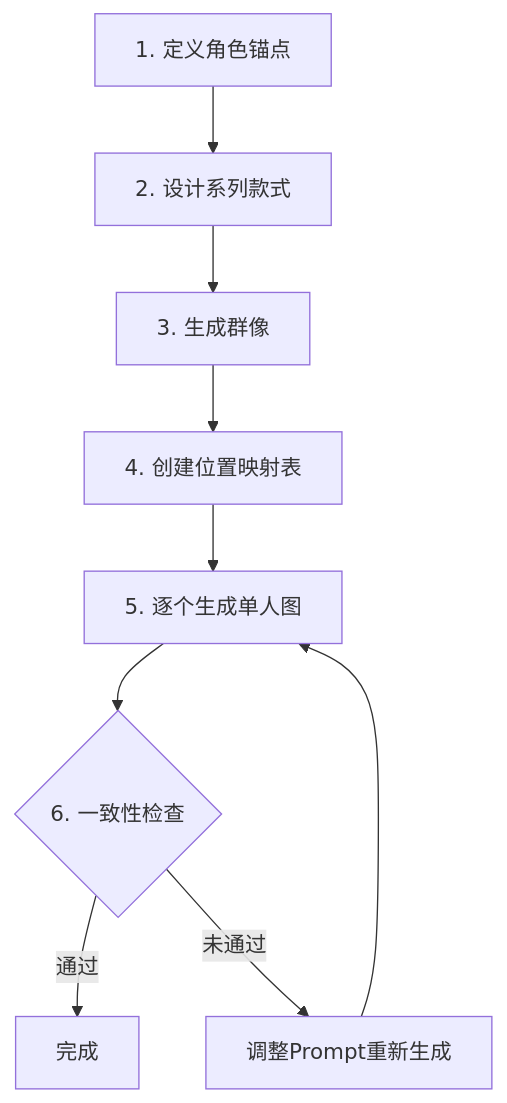
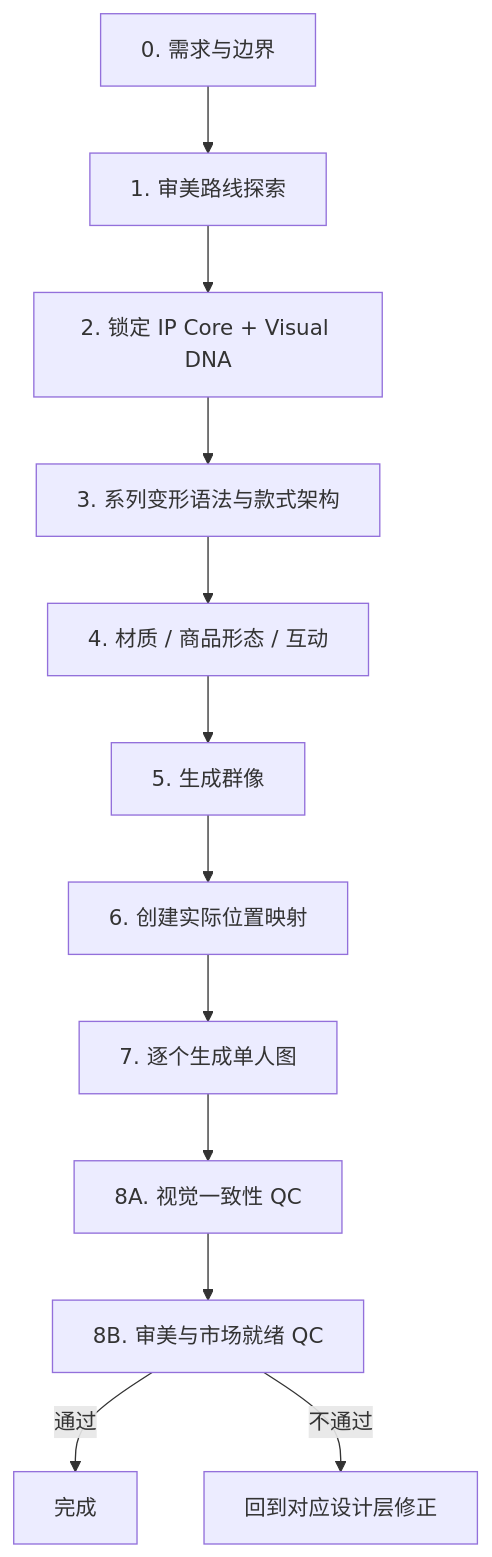
Before and after one commit to dycm8009/toy-character-design: the diagram in SKILL.md, drawn with Mermaid. The commit also changed other lines of this file, not shown here.

````diff
--- a/SKILL.md
+++ b/SKILL.md
@@ -32,11 +89,14 @@
 ```mermaid
 flowchart TD
-    A["1. 定义角色锚点"] --> B["2. 设计系列款式"]
-    B --> C["3. 生成群像"]
-    C --> D["4. 创建位置映射表"]
-    D --> E["5. 逐个生成单人图"]
-    E --> F{"6. 一致性检查"}
-    F -->|通过| G["完成"]
-    F -->|未通过| H["调整Prompt重新生成"]
-    H --> E
+    A["0. 需求与边界"] --> B["1. 审美路线探索"]
+    B --> C["2. 锁定 IP Core + Visual DNA"]
+    C --> D["3. 系列变形语法与款式架构"]
+    D --> E["4. 材质 / 商品形态 / 互动"]
+    E --> F["5. 生成群像"]
+    F --> G["6. 创建实际位置映射"]
+    G --> H["7. 逐个生成单人图"]
+    H --> I["8A. 视觉一致性 QC"]
+    I --> J["8B. 审美与市场就绪 QC"]
+    J -->|通过| K["完成"]
+    J -->|不通过| L["回到对应设计层修正"]
 ```
````
